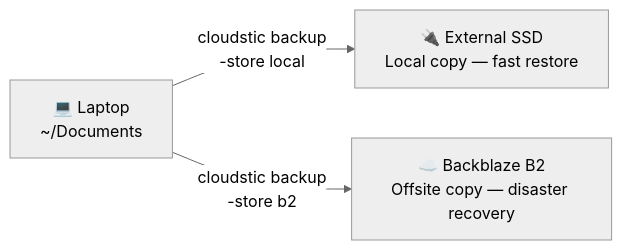
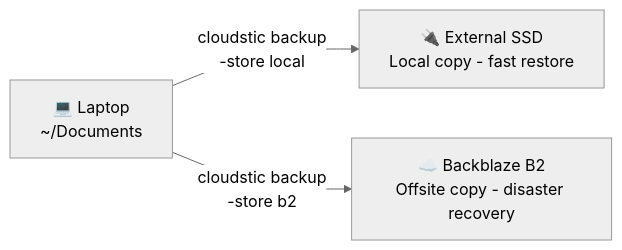
The fourth of 4 diagrams in _posts/2026-03-12-backing-up-portable-drives.md (Cloudstic/blog), drawn with Mermaid (neutral theme) before and after one commit. The commit also changed other lines of this file, not shown here.

````diff
--- a/_posts/2026-03-12-backing-up-portable-drives.md
+++ b/_posts/2026-03-12-backing-up-portable-drives.md
@@ -410,7 +410,7 @@
 ```mermaid
 graph LR
     Laptop["💻 Laptop\n~/Documents"]
 
-    Laptop -->|"cloudstic backup\n-store local"| ExtDrive["🔌 External SSD\nLocal copy — fast restore"]
-    Laptop -->|"cloudstic backup\n-store b2"| Cloud["☁️ Backblaze B2\nOffsite copy — disaster recovery"]
+    Laptop -->|"cloudstic backup\n-store local"| ExtDrive["🔌 External SSD\nLocal copy - fast restore"]
+    Laptop -->|"cloudstic backup\n-store b2"| Cloud["☁️ Backblaze B2\nOffsite copy - disaster recovery"]
 ```
````
